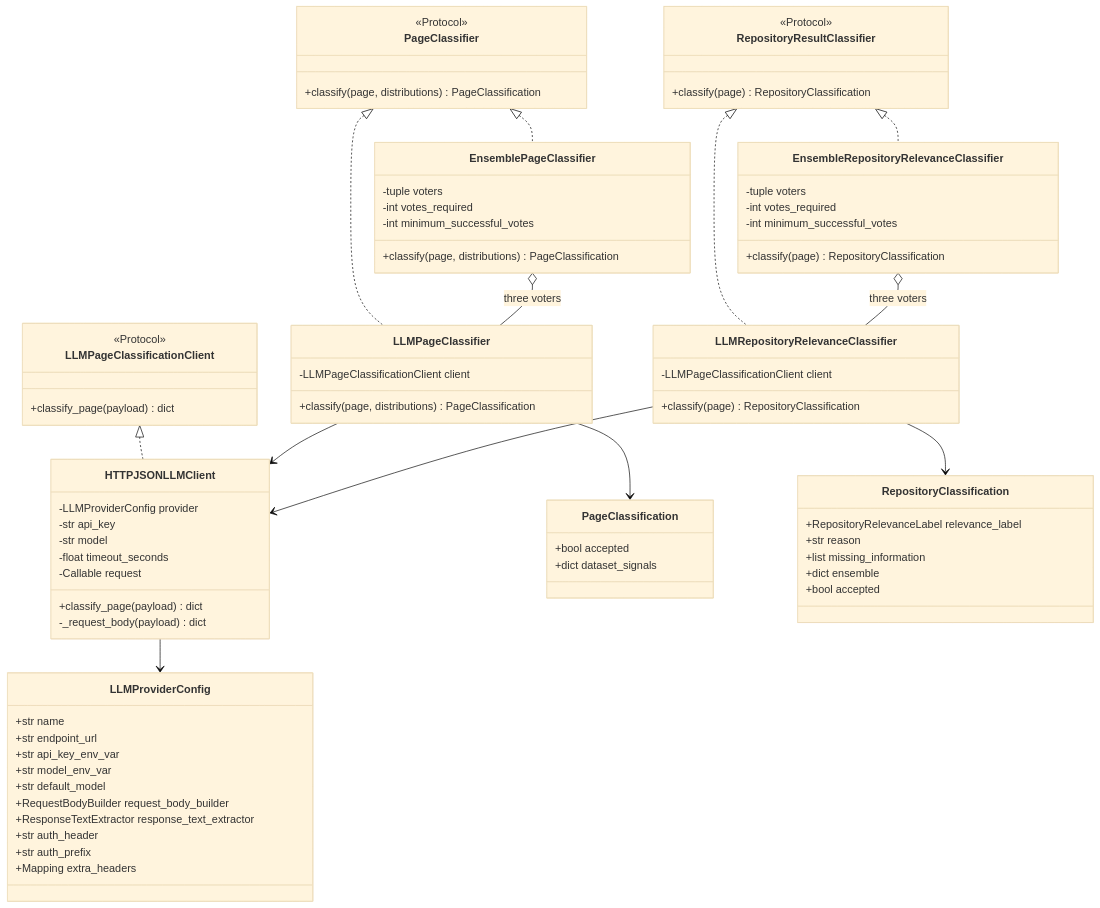
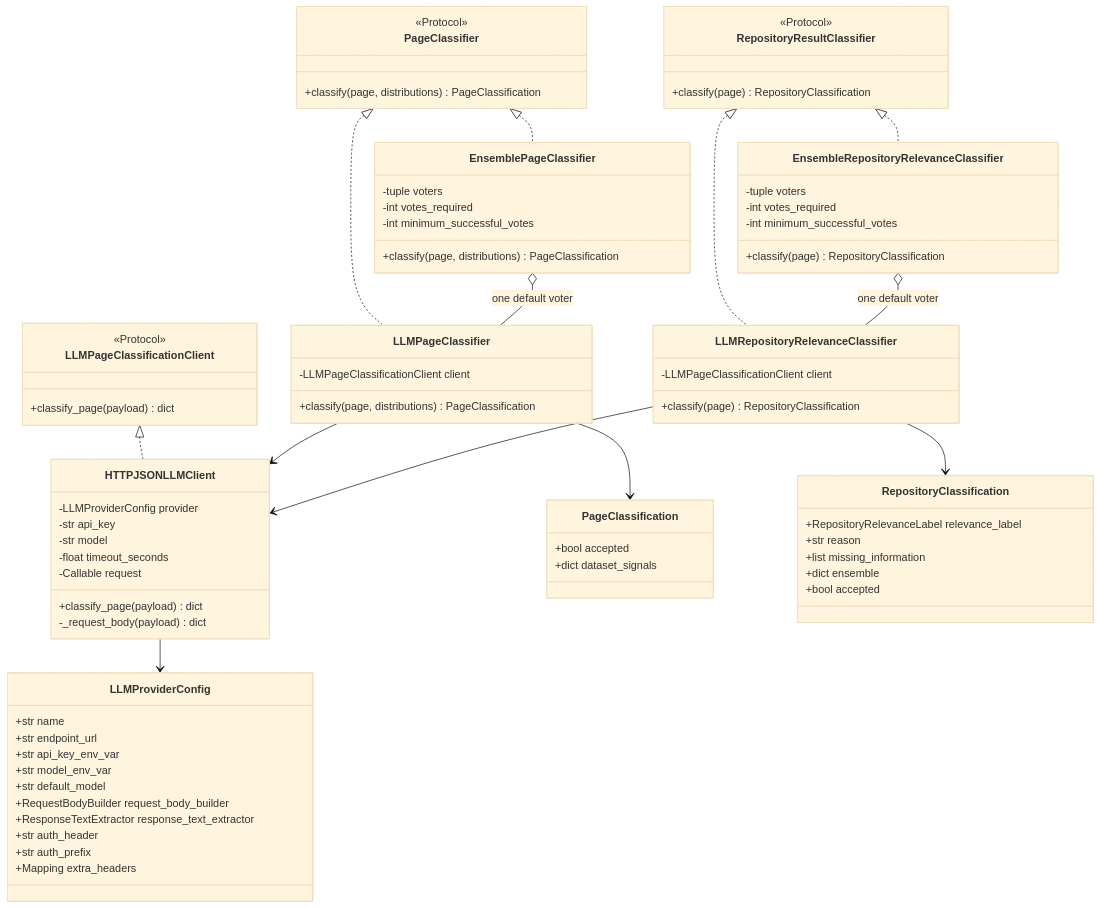
The second of 5 diagrams in docs/classification-architecture.md (nicolasberlin/global-health-dataset-catalog), drawn with Mermaid (base theme) before and after one commit. The commit also changed other lines of this file and 33 other files, not shown here.

Commit message:
Switch default classifier to EPFL RCP

````diff
--- a/docs/classification-architecture.md
+++ b/docs/classification-architecture.md
@@ -143,8 +151,8 @@
     HTTPJSONLLMClient --> LLMProviderConfig
     LLMPageClassifier --> HTTPJSONLLMClient
     LLMRepositoryRelevanceClassifier --> HTTPJSONLLMClient
-    EnsemblePageClassifier o-- LLMPageClassifier : three voters
-    EnsembleRepositoryRelevanceClassifier o-- LLMRepositoryRelevanceClassifier : three voters
+    EnsemblePageClassifier o-- LLMPageClassifier : one default voter
+    EnsembleRepositoryRelevanceClassifier o-- LLMRepositoryRelevanceClassifier : one default voter
     LLMPageClassifier --> PageClassification
     LLMRepositoryRelevanceClassifier --> RepositoryClassification
 ```
````
